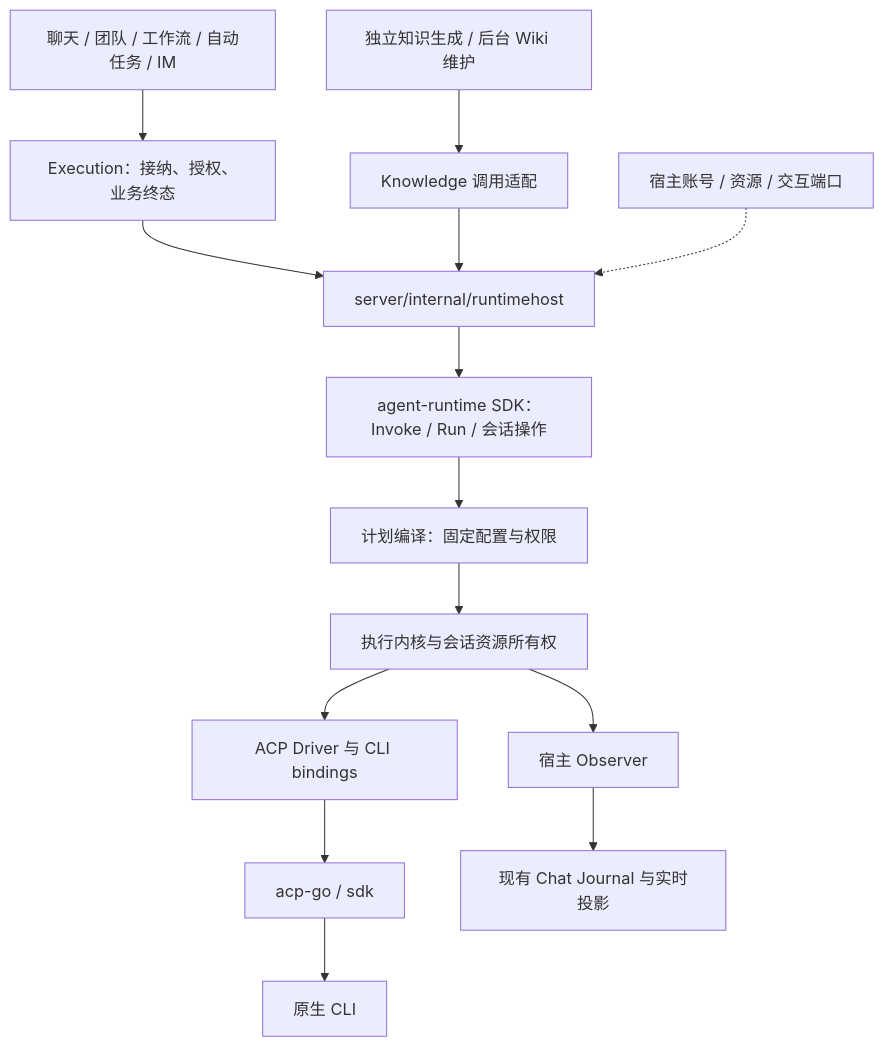
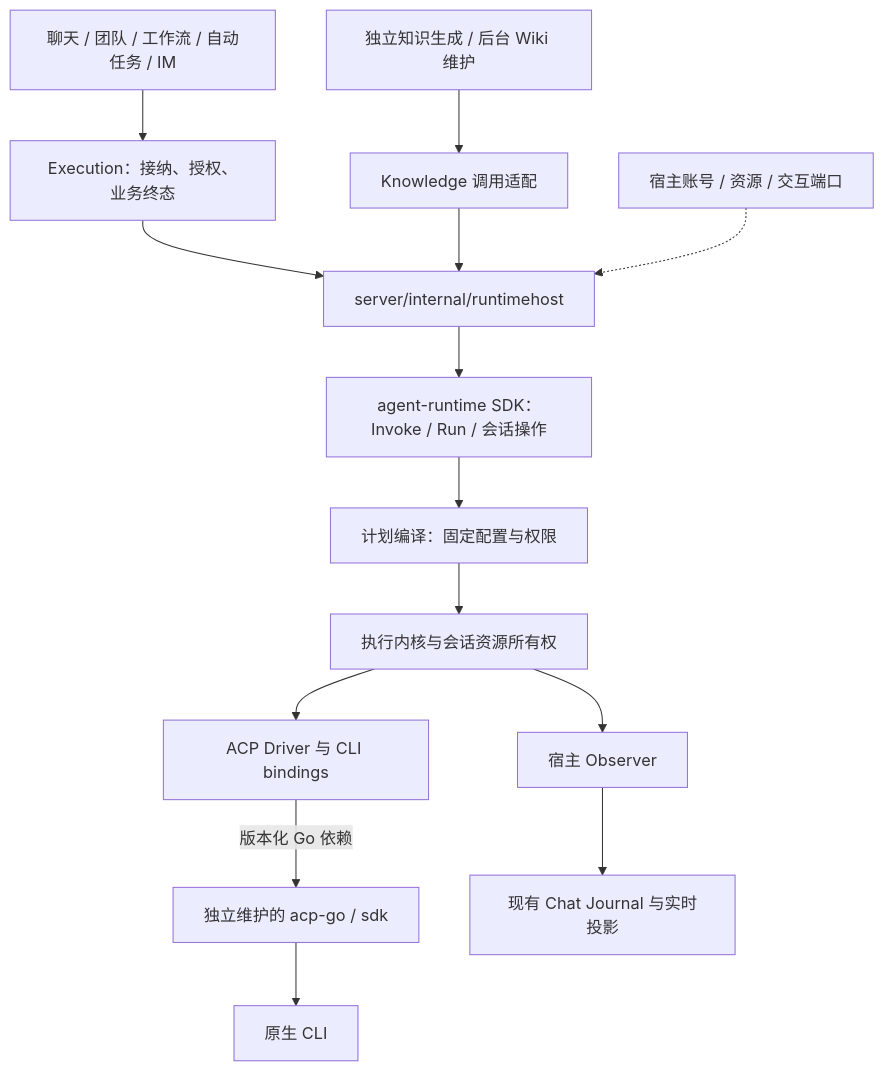
One commit to JieWaZi/NeuxBot changed the first of 3 diagrams in docs/discussions/agent-runtime-refactor-spec-cn.md. Above: the diagram before and after it, drawn with Mermaid. The commit also changed other lines of this file, not shown here.

Commit message:
docs: narrow runtime migration scope and keep acp-go independent

````diff
--- a/docs/discussions/agent-runtime-refactor-spec-cn.md
+++ b/docs/discussions/agent-runtime-refactor-spec-cn.md
@@ -45,16 +45,16 @@
 ```mermaid
 flowchart TD
     Chat[聊天 / 团队 / 工作流 / 自动任务 / IM] --> Execution[Execution：接纳、授权、业务终态]
     Knowledge[独立知识生成 / 后台 Wiki 维护] --> KA[Knowledge 调用适配]
     Execution --> Host[server/internal/runtimehost]
     KA --> Host
     Host --> API[agent-runtime SDK：Invoke / Run / 会话操作]
     API --> Plan[计划编译：固定配置与权限]
     Plan --> Engine[执行内核与会话资源所有权]
     Engine --> Driver[ACP Driver 与 CLI bindings]
-    Driver --> ACP[acp-go / sdk]
+    Driver -->|版本化 Go 依赖| ACP[独立维护的 acp-go / sdk]
     ACP --> CLI[原生 CLI]
     Resources[宿主账号 / 资源 / 交互端口] -.-> Host
     Engine --> Observer[宿主 Observer]
     Observer --> Journal[现有 Chat Journal 与实时投影]
 ```
````
